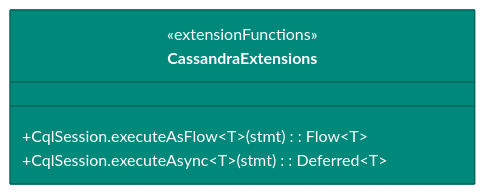
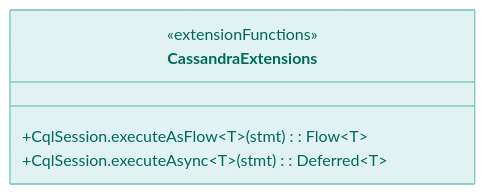
One commit to bluetape4k/bluetape4k-projects changed the first of 3 diagrams in data/cassandra/README.ko.md. Above: the diagram before and after it, drawn with Mermaid (forest theme). The commit also changed other lines of this file and 219 other files, not shown here.

First line of the commit message:
docs: 전체 README Mermaid 다이어그램 가이드 적용

````diff
--- a/data/cassandra/README.ko.md
+++ b/data/cassandra/README.ko.md
@@ -367,11 +367,11 @@
 ```mermaid
 classDiagram
     direction LR
     class CassandraExtensions {
         <<extensionFunctions>>
         +CqlSession.executeAsFlow~T~(stmt): Flow~T~
         +CqlSession.executeAsync~T~(stmt): Deferred~T~
     }
 
-    style CassandraExtensions fill:#00897B,stroke:#00695C,color:#FFFFFF
+    style CassandraExtensions fill:#E0F2F1,stroke:#80CBC4,color:#00695C
 ```
````
